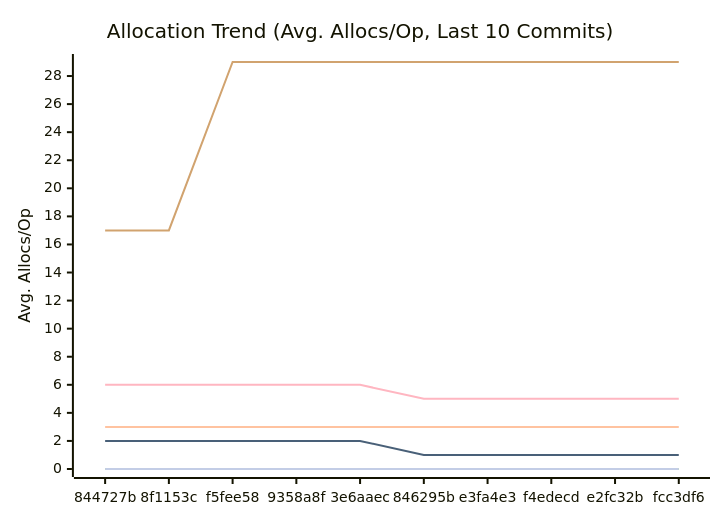
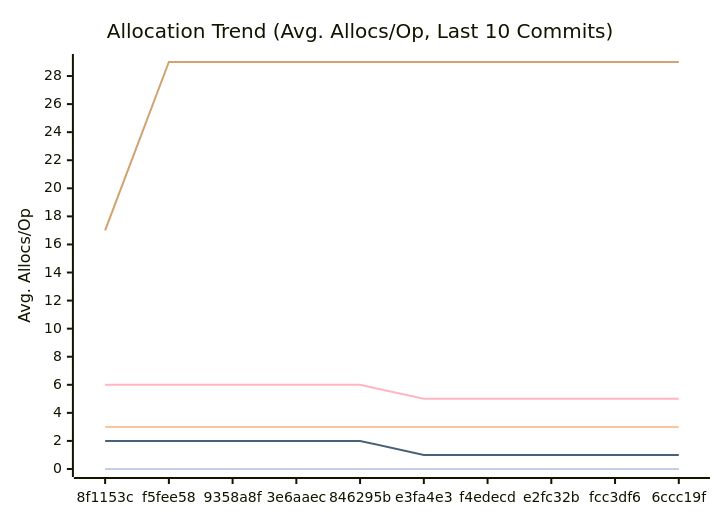
Before and after one commit to alsotoes/momo: the third of 3 diagrams in docs/PERFORMANCE.md, drawn with Mermaid. The commit also changed other lines of this file and 2 other files, not shown here.

````diff
--- a/docs/PERFORMANCE.md
+++ b/docs/PERFORMANCE.md
@@ -114,16 +114,16 @@
 ```mermaid
 xychart-beta
     title "Allocation Trend (Avg. Allocs/Op, Last 10 Commits)"
     x-axis "Commit"
     y-axis "Avg. Allocs/Op"
-    x-axis [844727b,8f1153c,f5fee58,9358a8f,3e6aaec,846295b,e3fa4e3,f4edecd,e2fc32b,fcc3df6]
+    x-axis [8f1153c,f5fee58,9358a8f,3e6aaec,846295b,e3fa4e3,f4edecd,e2fc32b,fcc3df6,6ccc19f]
     line "CheckMetricsAndSwap" [0,0,0,0,0,0,0,0,0,0]
     line "CrushOptimized" [0,0,0,0,0,0,0,0,0,0]
     line "CrushOriginal" [3,3,3,3,3,3,3,3,3,3]
     line "IndexDirectTracking" [0,0,0,0,0,0,0,0,0,0]
     line "IndexSearch" [0,0,0,0,0,0,0,0,0,0]
-    line "LoadGlobalConfig" [17,17,29,29,29,29,29,29,29,29]
+    line "LoadGlobalConfig" [17,29,29,29,29,29,29,29,29,29]
     line "PadString" [0,0,0,0,0,0,0,0,0,0]
     line "ParseReplicationOrder_NoPrealloc" [6,6,6,6,6,5,5,5,5,5]
     line "ParseReplicationOrder_Prealloc" [2,2,2,2,2,1,1,1,1,1]
 ```
````
